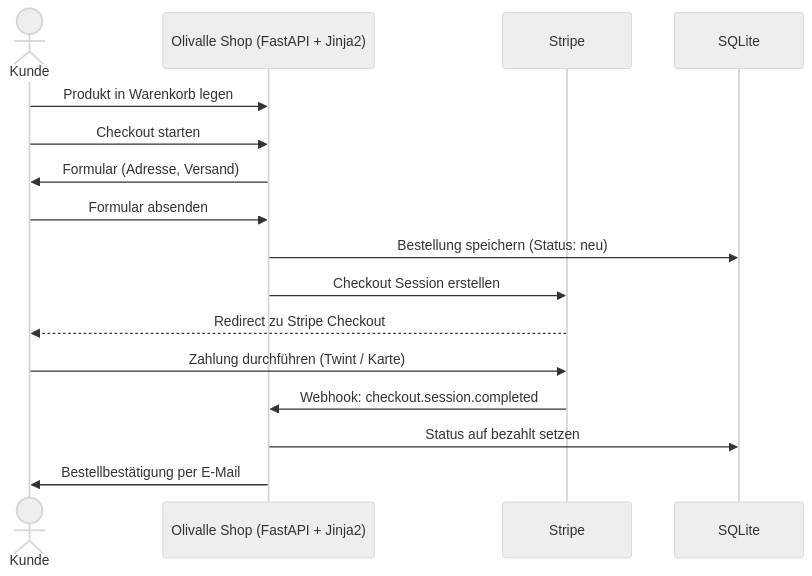
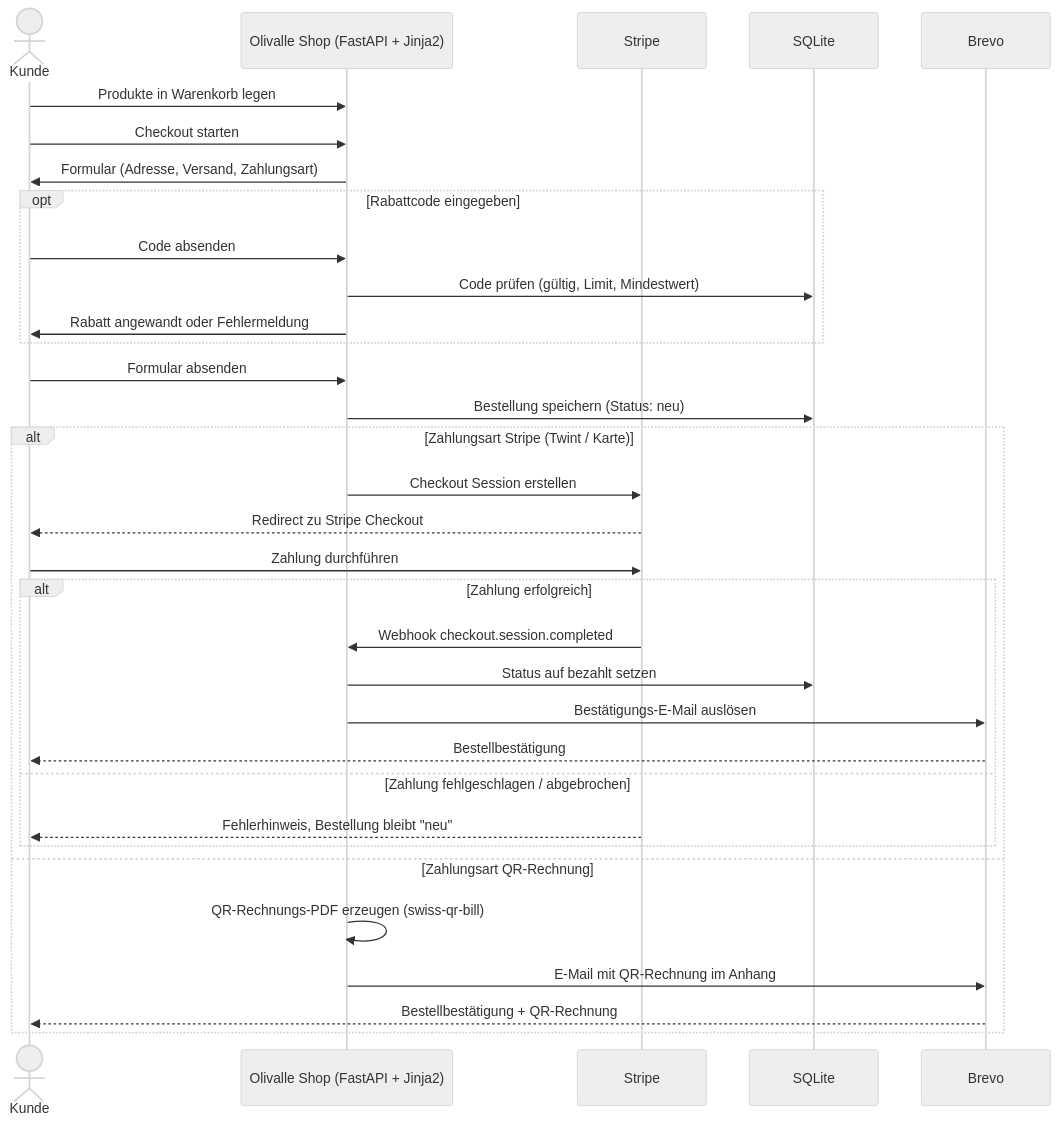
One commit to konstantinniedermann/olivalle-webshop changed the diagram in docs/bestellprozess.md. Above: the diagram before and after it, drawn with Mermaid (neutral theme). The commit also changed other lines of this file and 17 other files, not shown here.

````diff
--- a/docs/bestellprozess.md
+++ b/docs/bestellprozess.md
@@ -5,19 +7,37 @@
 ```mermaid
 sequenceDiagram
     actor Kunde
     participant Shop as Olivalle Shop (FastAPI + Jinja2)
     participant Stripe
     participant DB as SQLite
+    participant Brevo
 
-    Kunde->>Shop: Produkt in Warenkorb legen
+    Kunde->>Shop: Produkte in Warenkorb legen
     Kunde->>Shop: Checkout starten
-    Shop->>Kunde: Formular (Adresse, Versand)
+    Shop->>Kunde: Formular (Adresse, Versand, Zahlungsart)
+    opt Rabattcode eingegeben
+        Kunde->>Shop: Code absenden
+        Shop->>DB: Code prüfen (gültig, Limit, Mindestwert)
+        Shop->>Kunde: Rabatt angewandt oder Fehlermeldung
+    end
     Kunde->>Shop: Formular absenden
     Shop->>DB: Bestellung speichern (Status: neu)
-    Shop->>Stripe: Checkout Session erstellen
-    Stripe-->>Kunde: Redirect zu Stripe Checkout
-    Kunde->>Stripe: Zahlung durchführen (Twint / Karte)
-    Stripe->>Shop: Webhook: checkout.session.completed
-    Shop->>DB: Status auf bezahlt setzen
-    Shop->>Kunde: Bestellbestätigung per E-Mail
+
+    alt Zahlungsart Stripe (Twint / Karte)
+        Shop->>Stripe: Checkout Session erstellen
+        Stripe-->>Kunde: Redirect zu Stripe Checkout
+        Kunde->>Stripe: Zahlung durchführen
+        alt Zahlung erfolgreich
+            Stripe->>Shop: Webhook checkout.session.completed
+            Shop->>DB: Status auf bezahlt setzen
+            Shop->>Brevo: Bestätigungs-E-Mail auslösen
+            Brevo-->>Kunde: Bestellbestätigung
+        else Zahlung fehlgeschlagen / abgebrochen
+            Stripe-->>Kunde: Fehlerhinweis, Bestellung bleibt "neu"
+        end
+    else Zahlungsart QR-Rechnung
+        Shop->>Shop: QR-Rechnungs-PDF erzeugen (swiss-qr-bill)
+        Shop->>Brevo: E-Mail mit QR-Rechnung im Anhang
+        Brevo-->>Kunde: Bestellbestätigung + QR-Rechnung
+    end
 ```
````
